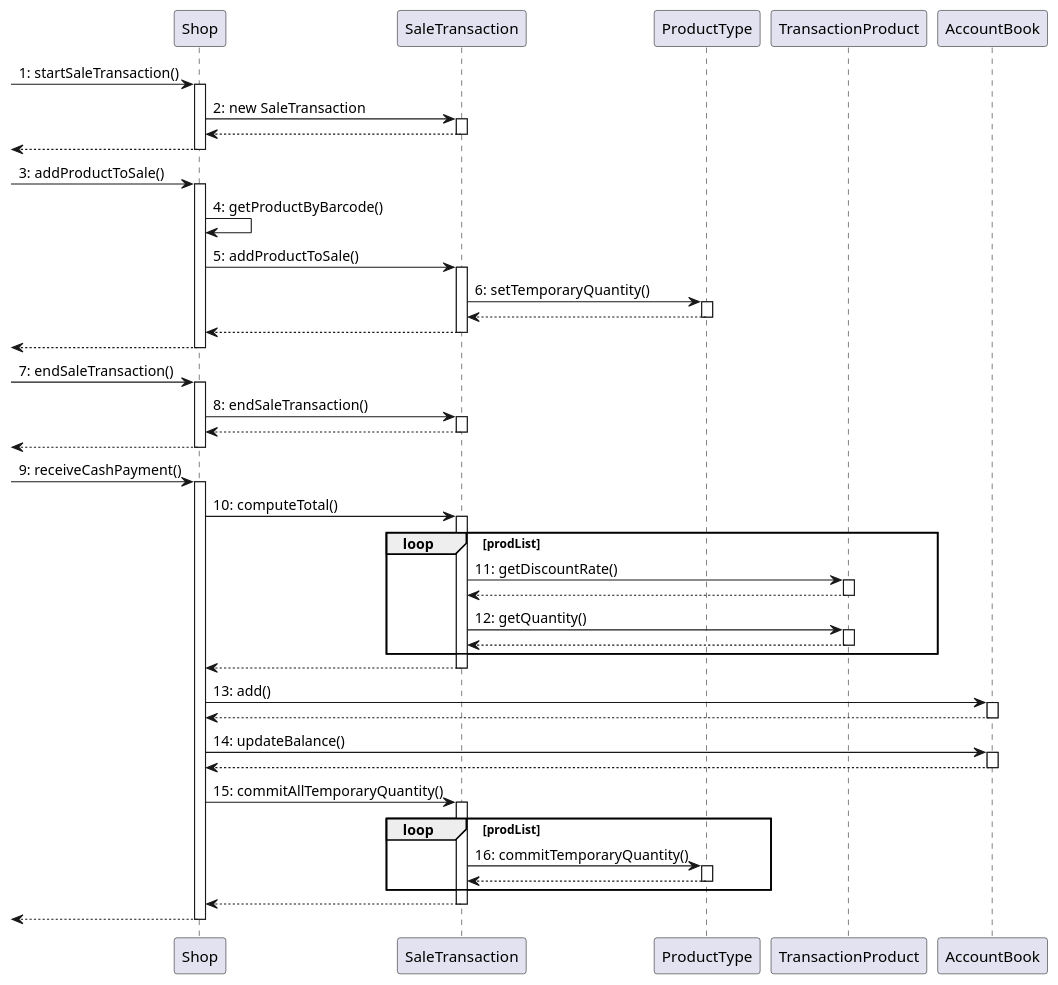
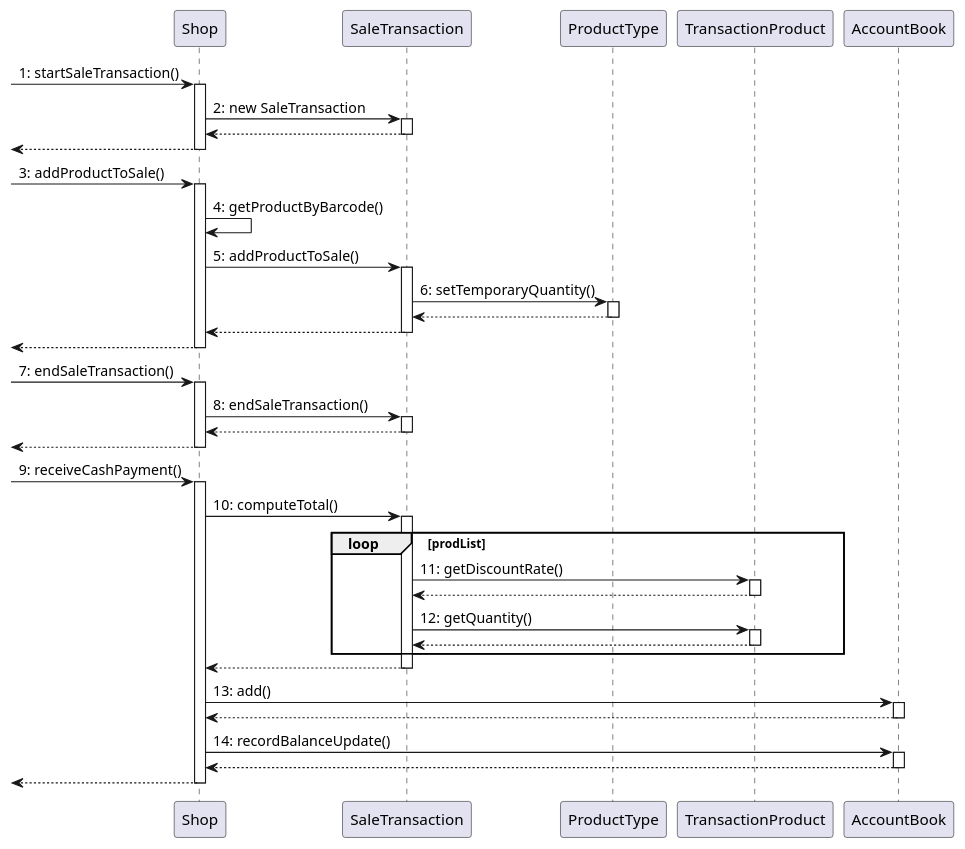
One commit to MatteoBattilana/EzShop changed diagram 11 of 13 in Deliverables/DesignDocument.md. Above: the diagram before and after it, drawn with PlantUML. The commit also changed other lines of this file and 15 other files, not shown here.

````diff
--- a/Deliverables/DesignDocument.md
+++ b/Deliverables/DesignDocument.md
@@ -441,63 +476,53 @@
 ```plantuml
 @startuml
   ->Shop: 1: startSaleTransaction()
   activate Shop
     Shop -> SaleTransaction: 2: new SaleTransaction
     activate SaleTransaction
     return
   return
 
   ->Shop: 3: addProductToSale()
   activate Shop
     Shop -> Shop: 4: getProductByBarcode()
     Shop -> SaleTransaction: 5: addProductToSale()
     activate SaleTransaction
       SaleTransaction -> ProductType: 6: setTemporaryQuantity()
       activate ProductType
       return
     return
 return
 
 -> Shop: 7: endSaleTransaction()
 activate Shop
   Shop -> SaleTransaction: 8: endSaleTransaction()
   activate SaleTransaction
   return
 return
 
 -> Shop: 9: receiveCashPayment()
 activate Shop
   Shop -> SaleTransaction: 10: computeTotal()
   activate SaleTransaction
       loop prodList
           SaleTransaction -> TransactionProduct: 11: getDiscountRate()
           activate TransactionProduct
           return
           SaleTransaction -> TransactionProduct: 12: getQuantity()
           activate TransactionProduct
           return
       end
   return
   Shop -> AccountBook: 13: add()
   activate AccountBook
   return
 
 
-Shop -> AccountBook: 14: updateBalance()
+Shop -> AccountBook: 14: recordBalanceUpdate()
 activate AccountBook
 return
 
-  Shop -> SaleTransaction: 15: commitAllTemporaryQuantity()
-  activate SaleTransaction
-
-    loop prodList
-    SaleTransaction -> ProductType: 16: commitTemporaryQuantity()
-    activate ProductType
-    return
-
-    end
-  return
 
 return
 @enduml
 ```
````
